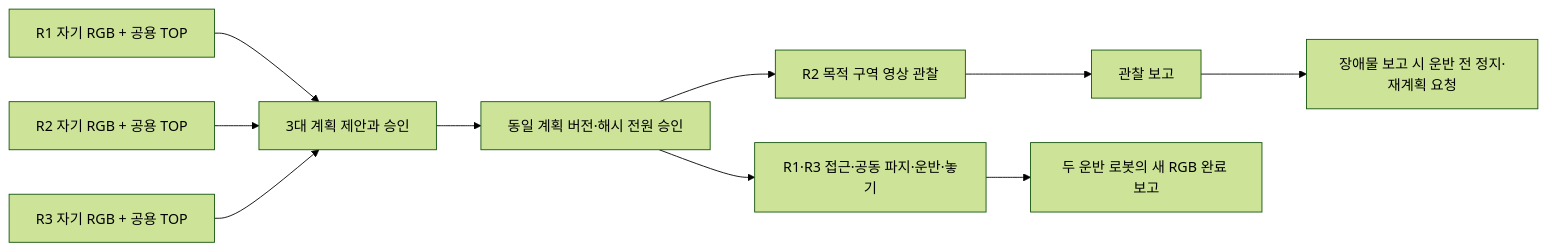
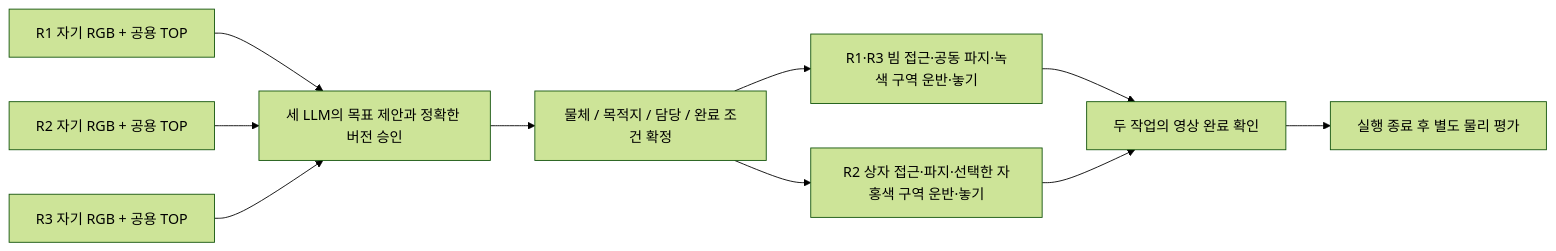
Before and after one commit to cmk404/UGRP-Multi-Robot-Collaboration-Project: the diagram in docs/three_robot_e2e.md, drawn with Mermaid (forest theme). The commit also changed other lines of this file and 4 other files, not shown here.

````diff
--- a/docs/three_robot_e2e.md
+++ b/docs/three_robot_e2e.md
@@ -6,12 +6,12 @@
 ```mermaid
 flowchart LR
-  A[R1 자기 RGB + 공용 TOP] --> P[3대 계획 제안과 승인]
+  A[R1 자기 RGB + 공용 TOP] --> P[세 LLM의 목표 제안과 정확한 버전 승인]
   B[R2 자기 RGB + 공용 TOP] --> P
   C[R3 자기 RGB + 공용 TOP] --> P
-  P --> V[동일 계획 버전·해시 전원 승인]
-  V --> S[R1·R3 접근·공동 파지·운반·놓기]
-  V --> I[R2 목적 구역 영상 관찰]
-  I --> R[관찰 보고]
-  R --> H[장애물 보고 시 운반 전 정지·재계획 요청]
-  S --> F[두 운반 로봇의 새 RGB 완료 보고]
+  P --> V[물체 / 목적지 / 담당 / 완료 조건 확정]
+  V --> S[R1·R3 빔 접근·공동 파지·녹색 구역 운반·놓기]
+  V --> I[R2 상자 접근·파지·선택한 자홍색 구역 운반·놓기]
+  S --> F[두 작업의 영상 완료 확인]
+  I --> F
+  F --> E[실행 종료 후 별도 물리 평가]
 ```
````
